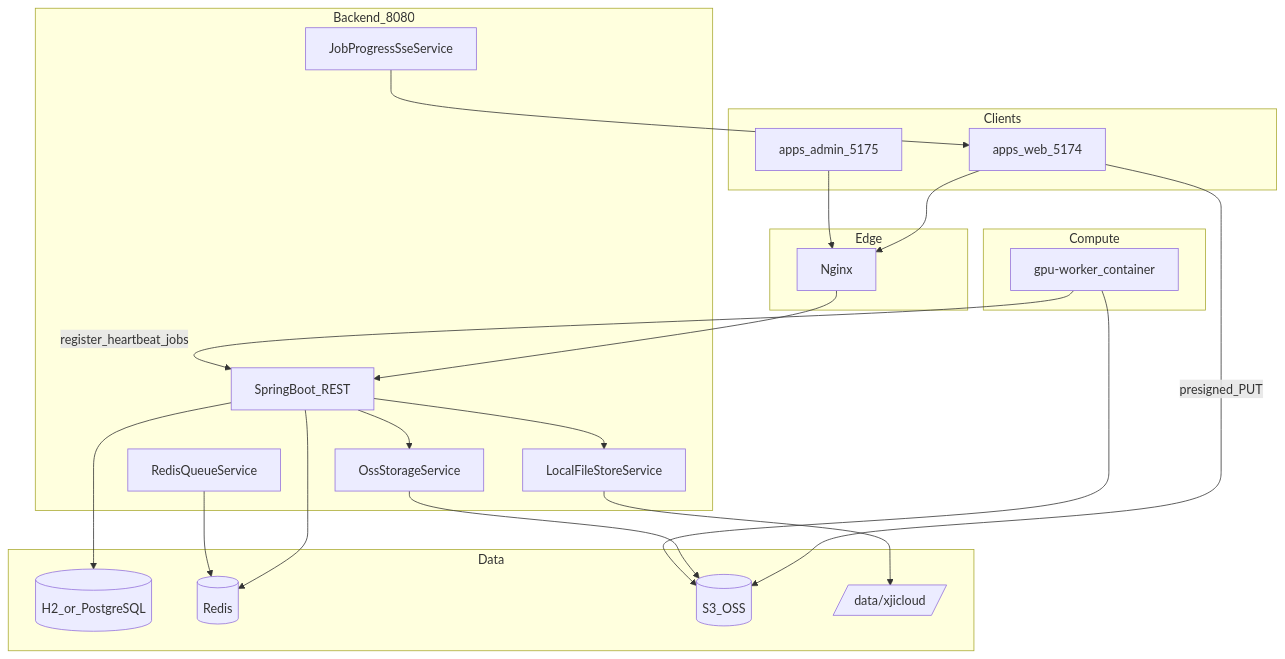
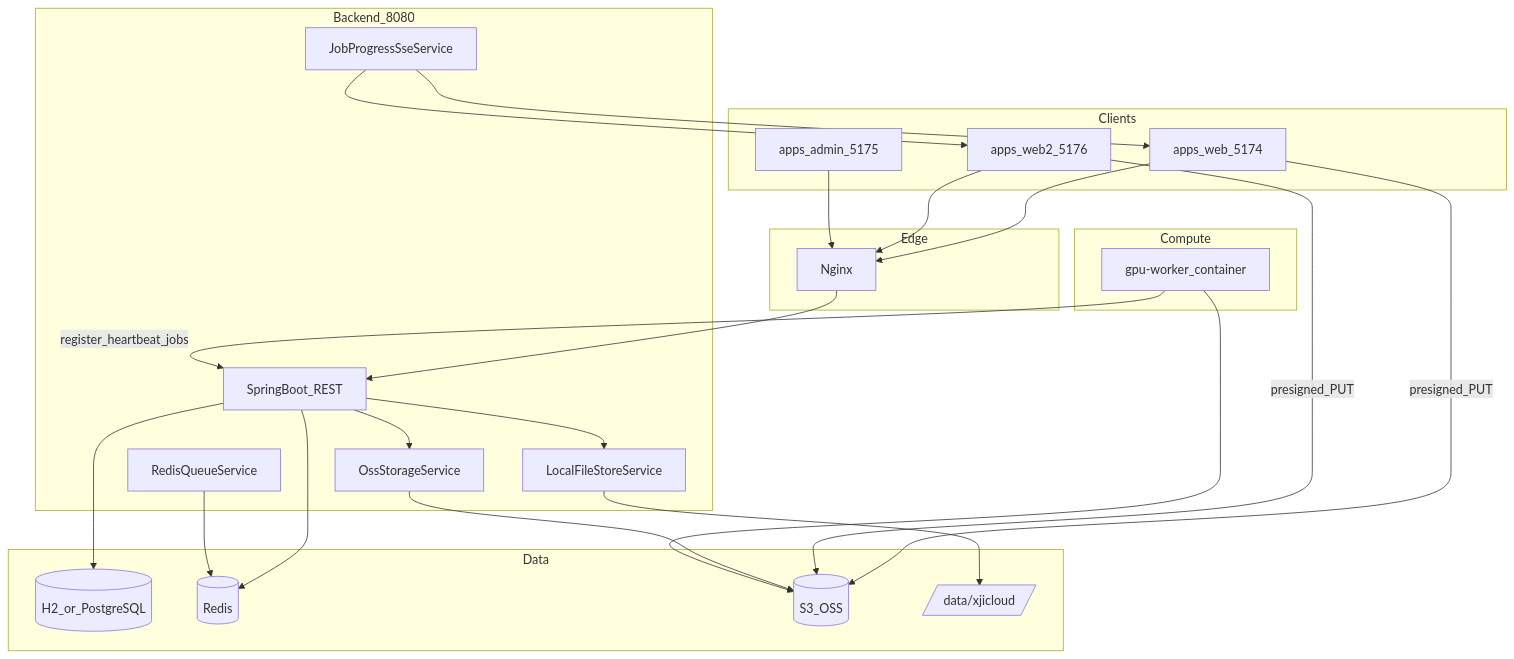
Before and after one commit to XJI1234/XJICloud: the diagram in docs/AGENT_CONTEXT.md, drawn with Mermaid. The commit also changed other lines of this file and 138 other files, not shown here.

````diff
--- a/docs/AGENT_CONTEXT.md
+++ b/docs/AGENT_CONTEXT.md
@@ -47,43 +48,47 @@
 ```mermaid
 flowchart TB
   subgraph clients [Clients]
     UserFE[apps_web_5174]
+    Web2FE[apps_web2_5176]
     AdminFE[apps_admin_5175]
   end
 
   subgraph edge [Edge]
     Nginx[Nginx]
   end
 
   subgraph core [Backend_8080]
     API[SpringBoot_REST]
     SSE[JobProgressSseService]
     Queue[RedisQueueService]
     OSSSvc[OssStorageService]
     LocalStore[LocalFileStoreService]
   end
 
   subgraph data [Data]
     PG[(H2_or_PostgreSQL)]
     Redis[(Redis)]
     OSS[(S3_OSS)]
     Disk[/data/xjicloud/]
   end
 
   subgraph compute [Compute]
     Worker[gpu-worker_container]
   end
 
   UserFE --> Nginx
+  Web2FE --> Nginx
   AdminFE --> Nginx
   Nginx --> API
   UserFE -->|presigned_PUT| OSS
+  Web2FE -->|presigned_PUT| OSS
   API --> PG
   API --> Redis
   API --> OSSSvc --> OSS
   API --> LocalStore --> Disk
   SSE --> UserFE
+  SSE --> Web2FE
   Queue --> Redis
   Worker -->|register_heartbeat_jobs| API
   Worker --> OSS
 ```
````
